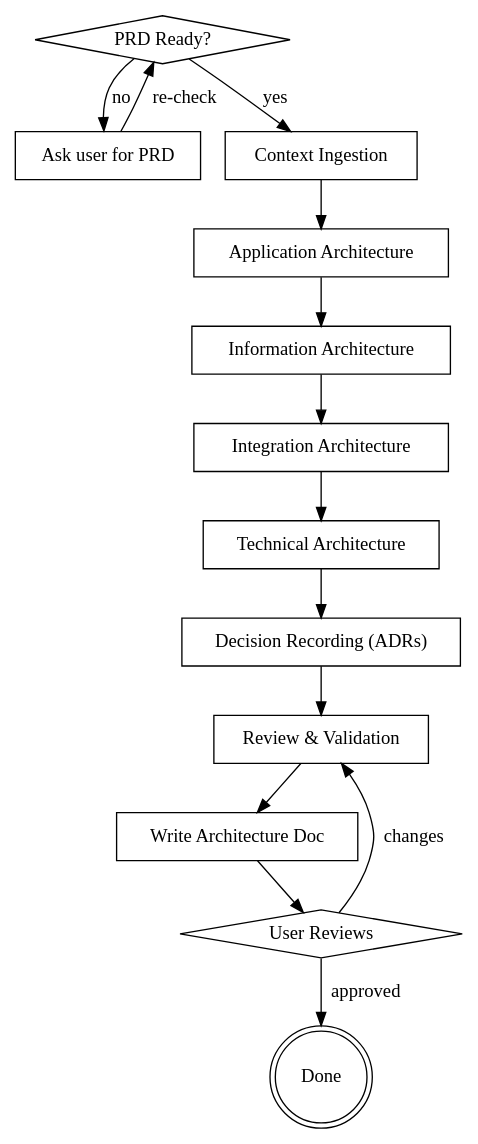
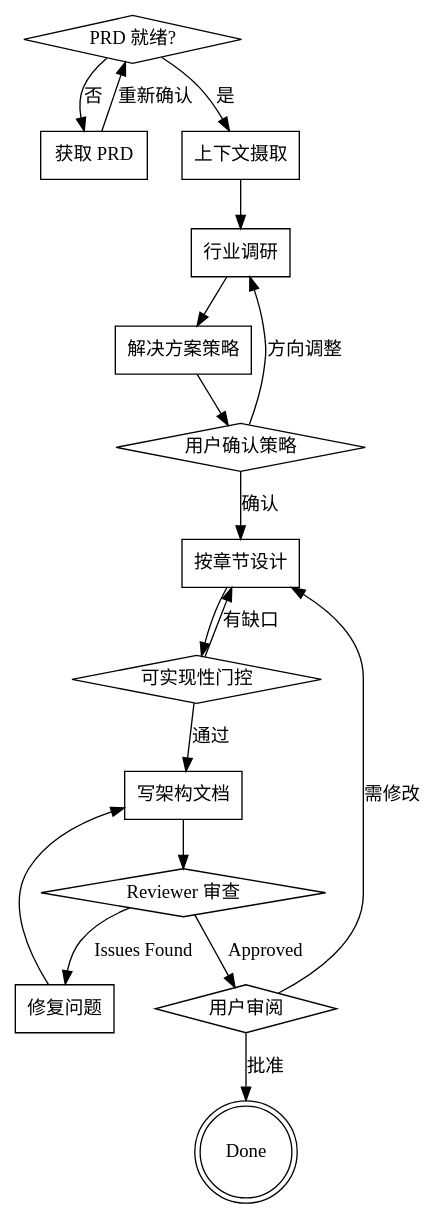
Before and after one commit to platootalp/claude-harness: the diagram in plugins/superpowers-pro/skills/system-architect/SKILL.md, drawn with Graphviz. The commit also changed other lines of this file and 19 other files, not shown here.

First line of the commit message:
refactor(superpowers-pro): redesign system-architect skill with new prompts and references

````diff
--- a/plugins/superpowers-pro/skills/system-architect/SKILL.md
+++ b/plugins/superpowers-pro/skills/system-architect/SKILL.md
@@ -44,30 +60,35 @@
 ```dot
 digraph system_architect {
-    "PRD Ready?" [shape=diamond];
-    "Ask user for PRD" [shape=box];
-    "Context Ingestion" [shape=box];
-    "Application Architecture" [shape=box];
-    "Information Architecture" [shape=box];
-    "Integration Architecture" [shape=box];
-    "Technical Architecture" [shape=box];
-    "Decision Recording (ADRs)" [shape=box];
-    "Review & Validation" [shape=box];
-    "Write Architecture Doc" [shape=box];
-    "User Reviews" [shape=diamond];
+    "PRD 就绪?" [shape=diamond];
+    "获取 PRD" [shape=box];
+    "上下文摄取" [shape=box];
+    "行业调研" [shape=box];
+    "解决方案策略" [shape=box];
+    "用户确认策略" [shape=diamond];
+    "按章节设计" [shape=box];
+    "可实现性门控" [shape=diamond];
+    "写架构文档" [shape=box];
+    "Reviewer 审查" [shape=diamond];
+    "修复问题" [shape=box];
+    "用户审阅" [shape=diamond];
     "Done" [shape=doublecircle];
 
-    "PRD Ready?" -> "Ask user for PRD" [label="no"];
-    "Ask user for PRD" -> "PRD Ready?" [label="re-check"];
-    "PRD Ready?" -> "Context Ingestion" [label="yes"];
-    "Context Ingestion" -> "Application Architecture";
-    "Application Architecture" -> "Information Architecture";
-    "Information Architecture" -> "Integration Architecture";
-    "Integration Architecture" -> "Technical Architecture";
-    "Technical Architecture" -> "Decision Recording (ADRs)";
-    "Decision Recording (ADRs)" -> "Review & Validation";
-    "Review & Validation" -> "Write Architecture Doc";
-    "Write Architecture Doc" -> "User Reviews";
-    "User Reviews" -> "Review & Validation" [label="changes"];
-    "User Reviews" -> "Done" [label="approved"];
+    "PRD 就绪?" -> "获取 PRD" [label="否"];
+    "获取 PRD" -> "PRD 就绪?" [label="重新确认"];
+    "PRD 就绪?" -> "上下文摄取" [label="是"];
+    "上下文摄取" -> "行业调研";
+    "行业调研" -> "解决方案策略";
+    "解决方案策略" -> "用户确认策略";
+    "用户确认策略" -> "行业调研" [label="方向调整"];
+    "用户确认策略" -> "按章节设计" [label="确认"];
+    "按章节设计" -> "可实现性门控";
+    "可实现性门控" -> "按章节设计" [label="有缺口"];
+    "可实现性门控" -> "写架构文档" [label="通过"];
+    "写架构文档" -> "Reviewer 审查";
+    "Reviewer 审查" -> "修复问题" [label="Issues Found"];
+    "修复问题" -> "写架构文档";
+    "Reviewer 审查" -> "用户审阅" [label="Approved"];
+    "用户审阅" -> "按章节设计" [label="需修改"];
+    "用户审阅" -> "Done" [label="批准"];
 }
 ```
````
